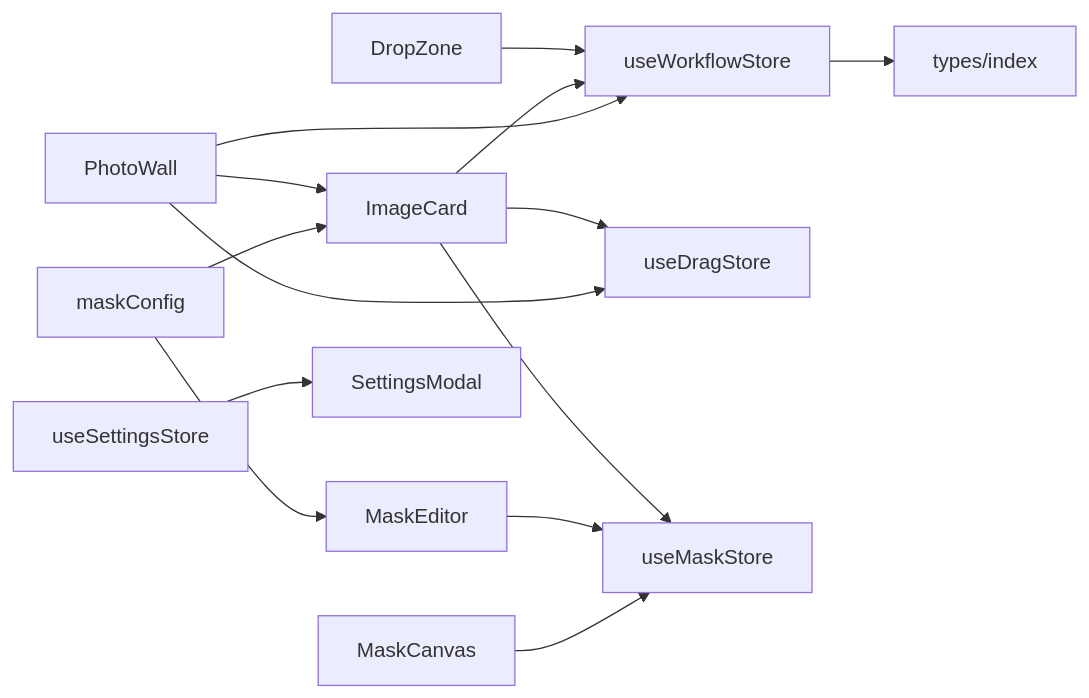
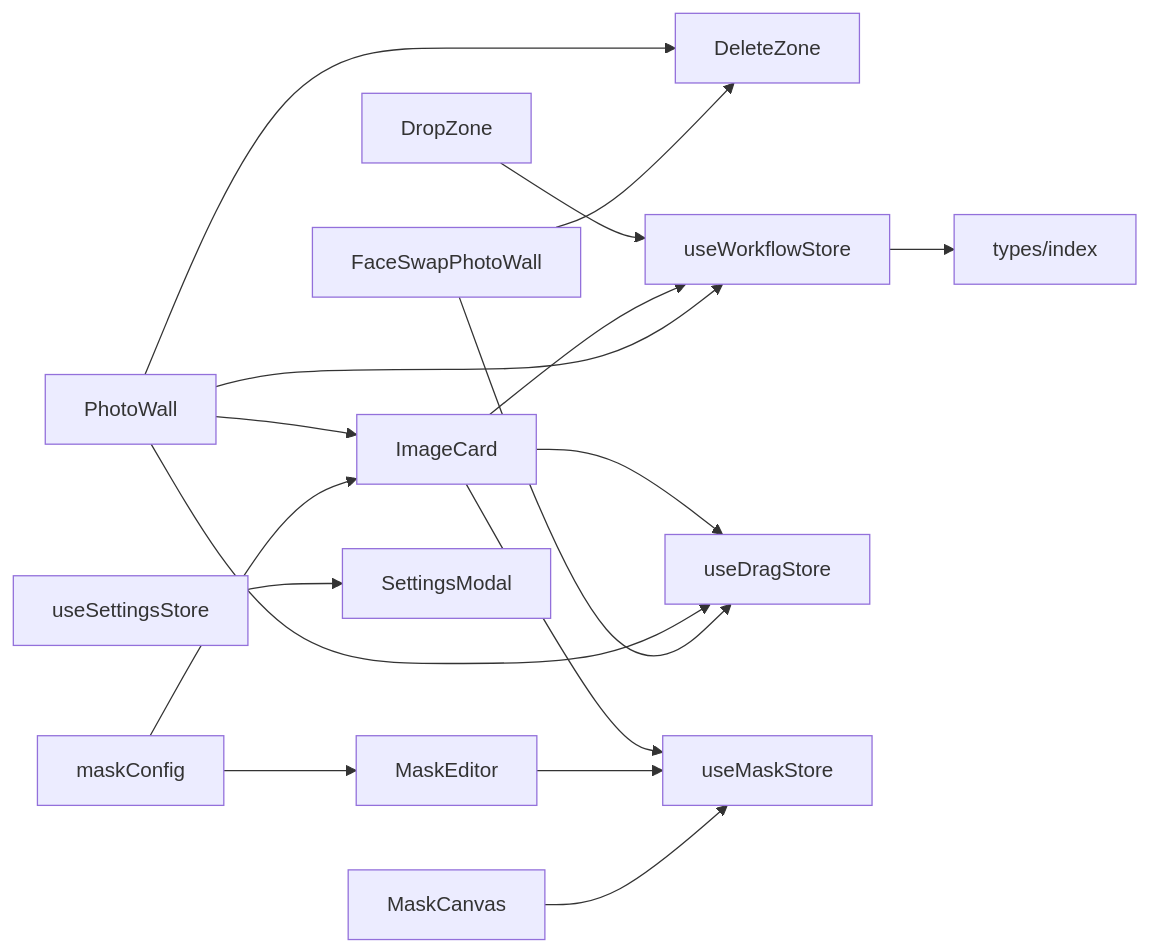
Diagram 12 of 12 in .qoder/repowiki/zh/content/用户界面组件/用户界面组件.md (billye220670/CorineKit_Pix2Real), drawn with Mermaid before and after one commit. The commit also changed other lines of this file and 54 other files, not shown here.

First line of the commit message:
feat: 模型下拉菜单元数据管理（缩略图+重命名）及session mask恢复优化

````diff
--- a/.qoder/repowiki/zh/content/用户界面组件/用户界面组件.md
+++ b/.qoder/repowiki/zh/content/用户界面组件/用户界面组件.md
@@ -402,16 +462,19 @@
 ```mermaid
 graph LR
 PW["PhotoWall"] --> IC["ImageCard"]
+PW --> DDZ["DeleteZone"]
 DZ["DropZone"] --> WFS["useWorkflowStore"]
 IC --> WFS
 PW --> WFS
 IC --> DS["useDragStore"]
 PW --> DS
+FSPW["FaceSwapPhotoWall"] --> DDZ
+FSPW --> DS
 IC --> MS["useMaskStore"]
 ME["MaskEditor"] --> MS
 MC["MaskCanvas"] --> MS
 MCfg["maskConfig"] --> IC
 MCfg --> ME
 WFS --> Types["types/index"]
 SS["useSettingsStore"] --> SM["SettingsModal"]
 ```
````
